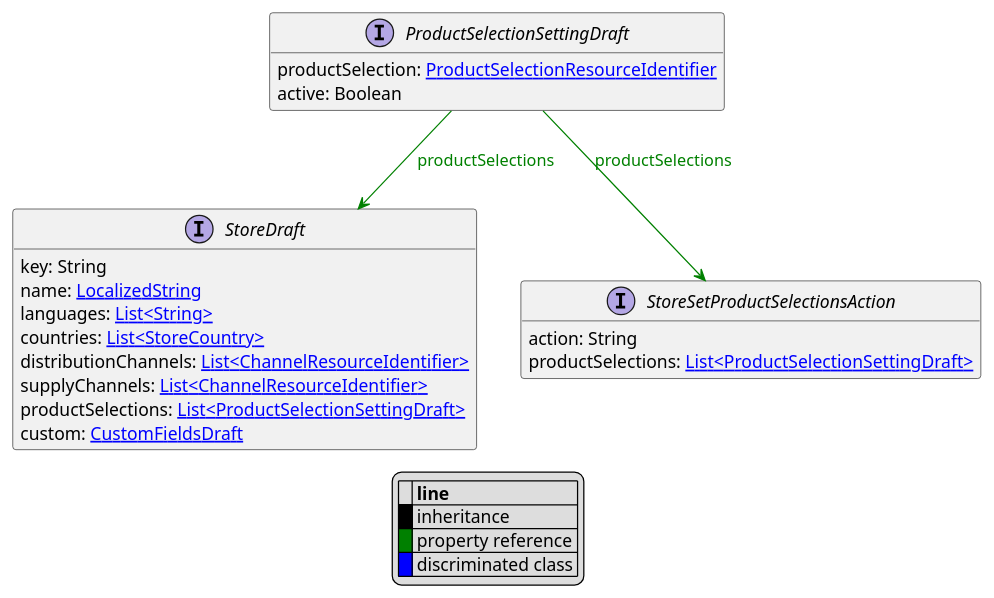
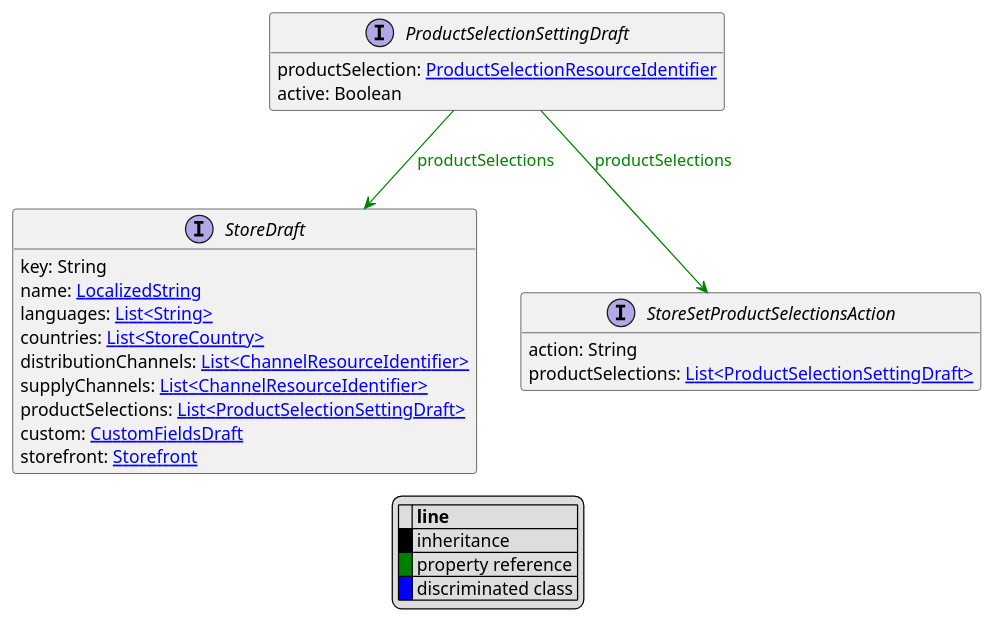
The diagram in uml/api/ProductSelectionSettingDraft.puml (commercetools/commercetools-api-reference), drawn with PlantUML before and after one commit. The commit also changed 379 other files, not shown here.

```diff
--- a/uml/api/ProductSelectionSettingDraft.puml
+++ b/uml/api/ProductSelectionSettingDraft.puml
@@ -1,35 +1,36 @@
 @startuml
 
 hide empty fields
 hide empty methods
 legend
 |= |= line |
 |<back:black>   </back>| inheritance |
 |<back:green>   </back>| property reference |
 |<back:blue>   </back>| discriminated class |
 endlegend
 interface ProductSelectionSettingDraft [[ProductSelectionSettingDraft.svg]]  {
     productSelection: [[ProductSelectionResourceIdentifier.svg ProductSelectionResourceIdentifier]]
     active: Boolean
 }
 
 
 
 interface StoreDraft [[StoreDraft.svg]]  {
     key: String
     name: [[LocalizedString.svg LocalizedString]]
     languages: [[String.svg List<String>]]
     countries: [[StoreCountry.svg List<StoreCountry>]]
     distributionChannels: [[ChannelResourceIdentifier.svg List<ChannelResourceIdentifier>]]
     supplyChannels: [[ChannelResourceIdentifier.svg List<ChannelResourceIdentifier>]]
     productSelections: [[ProductSelectionSettingDraft.svg List<ProductSelectionSettingDraft>]]
     custom: [[CustomFieldsDraft.svg CustomFieldsDraft]]
+    storefront: [[Storefront.svg Storefront]]
 }
 interface StoreSetProductSelectionsAction [[StoreSetProductSelectionsAction.svg]]  {
     action: String
     productSelections: [[ProductSelectionSettingDraft.svg List<ProductSelectionSettingDraft>]]
 }
 
 ProductSelectionSettingDraft --> StoreDraft #green;text:green : "productSelections"
 ProductSelectionSettingDraft --> StoreSetProductSelectionsAction #green;text:green : "productSelections"
 @enduml
```
